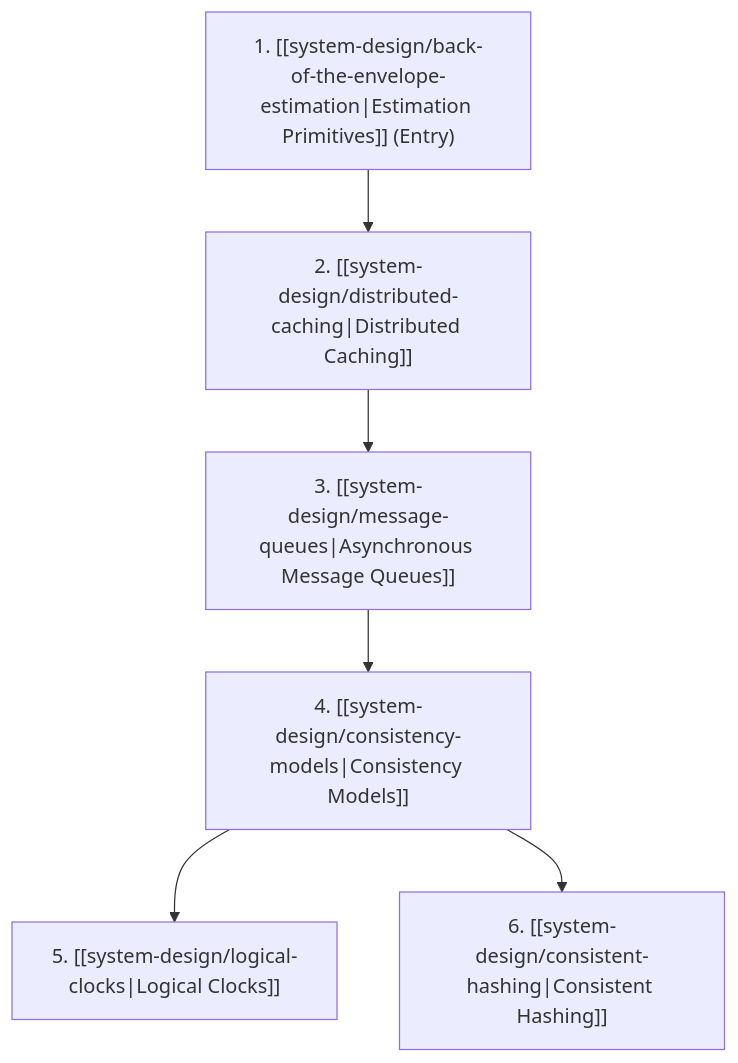
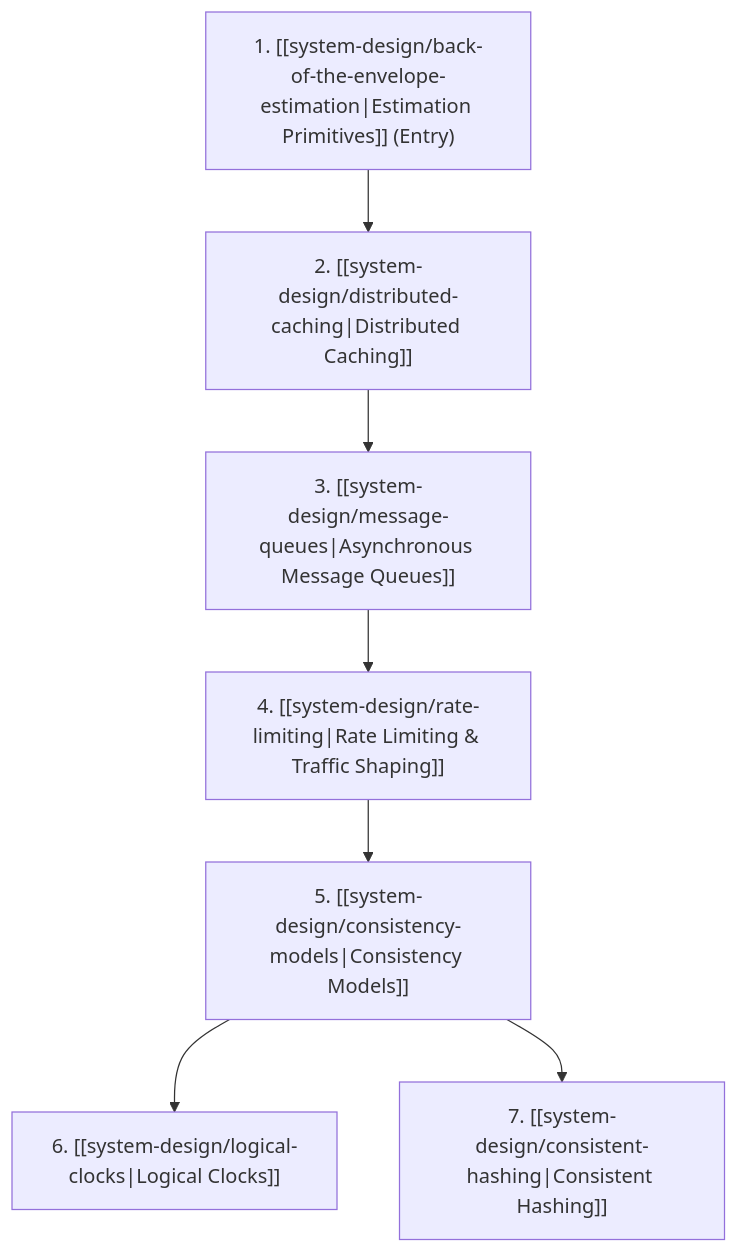
The diagram in sites/docs/src/content/docs/system-design/index.mdx (LOsioChico/knowledge-base), drawn with Mermaid before and after one commit. The commit also changed other lines of this file and 9 other files, not shown here.

Commit message:
docs(system-design): add rate-limiting guide and integrate with track

````diff
--- a/sites/docs/src/content/docs/system-design/index.mdx
+++ b/sites/docs/src/content/docs/system-design/index.mdx
@@ -34,8 +35,9 @@
 ```mermaid
 flowchart TD
     EST["1. [[system-design/back-of-the-envelope-estimation|Estimation Primitives]] (Entry)"] --> CA["2. [[system-design/distributed-caching|Distributed Caching]]"]
     CA --> MQ["3. [[system-design/message-queues|Asynchronous Message Queues]]"]
-    MQ --> CM["4. [[system-design/consistency-models|Consistency Models]]"]
-    CM --> LC["5. [[system-design/logical-clocks|Logical Clocks]]"]
-    CM --> CH["6. [[system-design/consistent-hashing|Consistent Hashing]]"]
+    MQ --> RL["4. [[system-design/rate-limiting|Rate Limiting & Traffic Shaping]]"]
+    RL --> CM["5. [[system-design/consistency-models|Consistency Models]]"]
+    CM --> LC["6. [[system-design/logical-clocks|Logical Clocks]]"]
+    CM --> CH["7. [[system-design/consistent-hashing|Consistent Hashing]]"]
 ```
````
